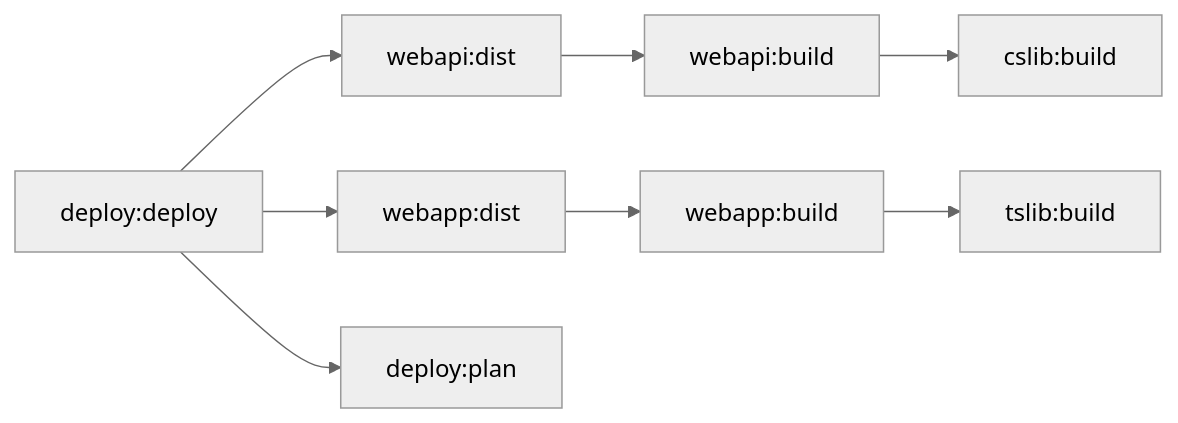
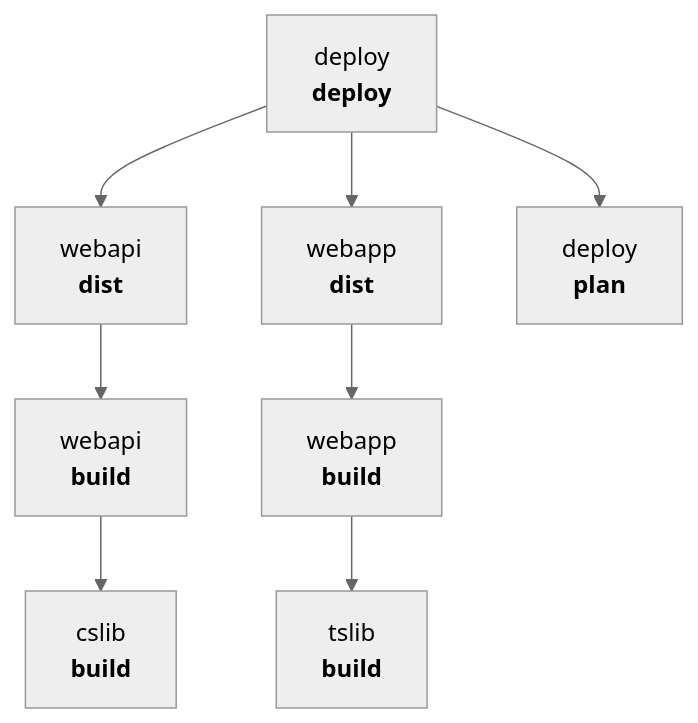
The second of 2 diagrams in website/site-docs/getting-started/graph.md (MagnusOpera/terrabuild), drawn with Mermaid (neutral theme) before and after one commit. The commit also changed other lines of this file and 12 other files, not shown here.

````diff
--- a/website/site-docs/getting-started/graph.md
+++ b/website/site-docs/getting-started/graph.md
@@ -123,10 +75,20 @@
 ```mermaid
-flowchart LR
-  deploy["deploy:deploy"] --> apiDist["webapi:dist"]
-  deploy --> webDist["webapp:dist"]
-  deploy --> plan["deploy:plan"]
-  apiDist --> apiBuild["webapi:build"]
-  apiBuild --> csBuild["cslib:build"]
-  webDist --> webBuild["webapp:build"]
-  webBuild --> tsBuild["tslib:build"]
+flowchart TB
+  deploy["deploy<br/><b>deploy</b>"]
+  apiDist["webapi<br/><b>dist</b>"]
+  webDist["webapp<br/><b>dist</b>"]
+  plan["deploy<br/><b>plan</b>"]
+  apiBuild["webapi<br/><b>build</b>"]
+  webBuild["webapp<br/><b>build</b>"]
+  csBuild["cslib<br/><b>build</b>"]
+  tsBuild["tslib<br/><b>build</b>"]
+
+  deploy --> apiDist & webDist & plan
+  apiDist --> apiBuild --> csBuild
+  webDist --> webBuild --> tsBuild
+
+  class deploy tb-primary
+  class apiDist,webDist,plan tb-success
+  class apiBuild,webBuild tb-secondary
+  class csBuild,tsBuild tb-muted
 ```
````
